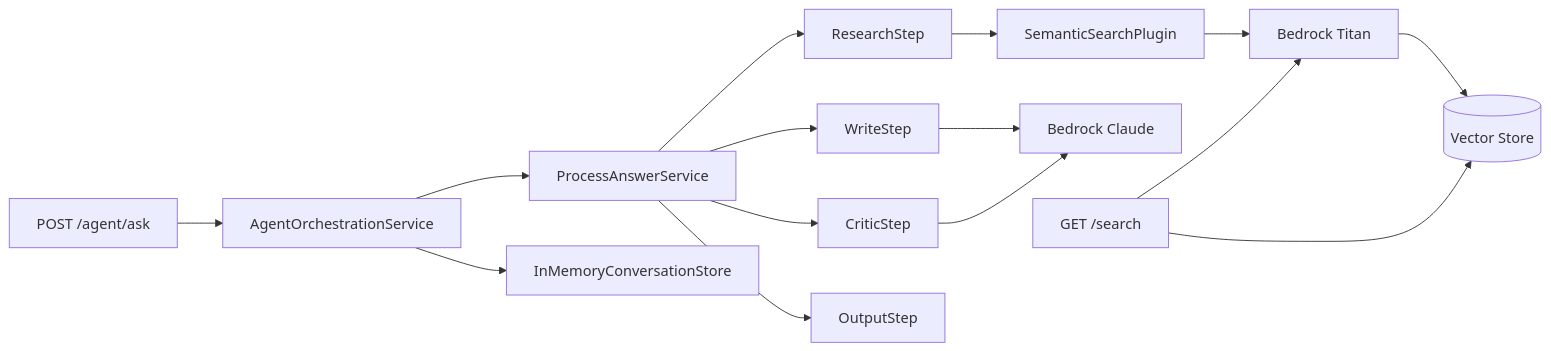
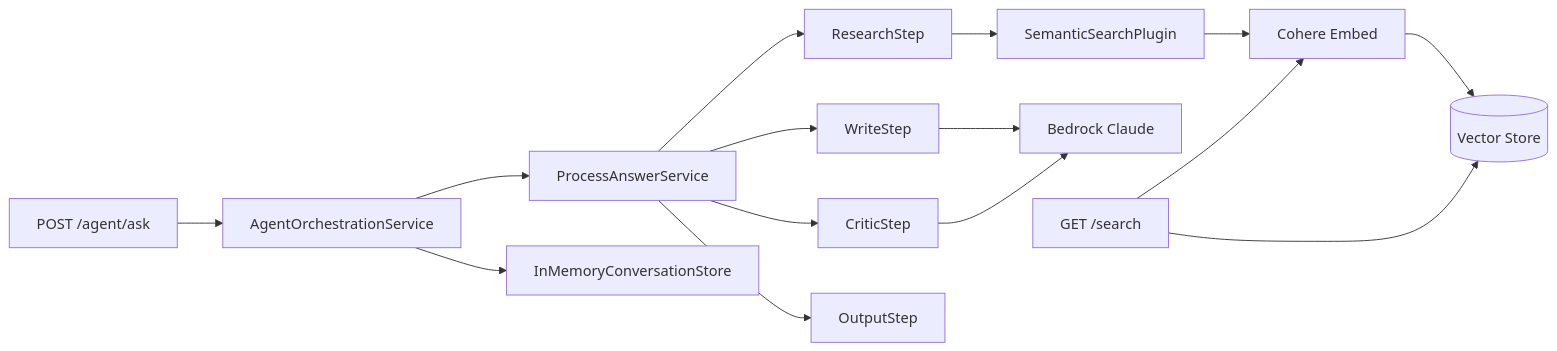
Before and after one commit to msepahvand/dotnet-rag-agent: the diagram in README.md, drawn with Mermaid. The commit also changed other lines of this file, not shown here.

First line of the commit message:
docs: replace Bedrock Titan references with Cohere embed-english-v3

````diff
--- a/README.md
+++ b/README.md
@@ -88,18 +88,18 @@
 ```mermaid
 flowchart LR
   A[POST /agent/ask] --> ORC[AgentOrchestrationService]
   ORC --> PAS[ProcessAnswerService]
   PAS --> RS[ResearchStep]
   RS --> SP[SemanticSearchPlugin]
-  SP --> BRT[Bedrock Titan]
+  SP --> BRT[Cohere Embed]
   BRT --> VS[(Vector Store)]
   PAS --> WS[WriteStep]
   WS --> BRC[Bedrock Claude]
   PAS --> CS2[CriticStep]
   CS2 --> BRC
   PAS --> OS[OutputStep]
   ORC --> CS[InMemoryConversationStore]
 
   SC[GET /search] --> BRT
   SC --> VS
 ```
````
